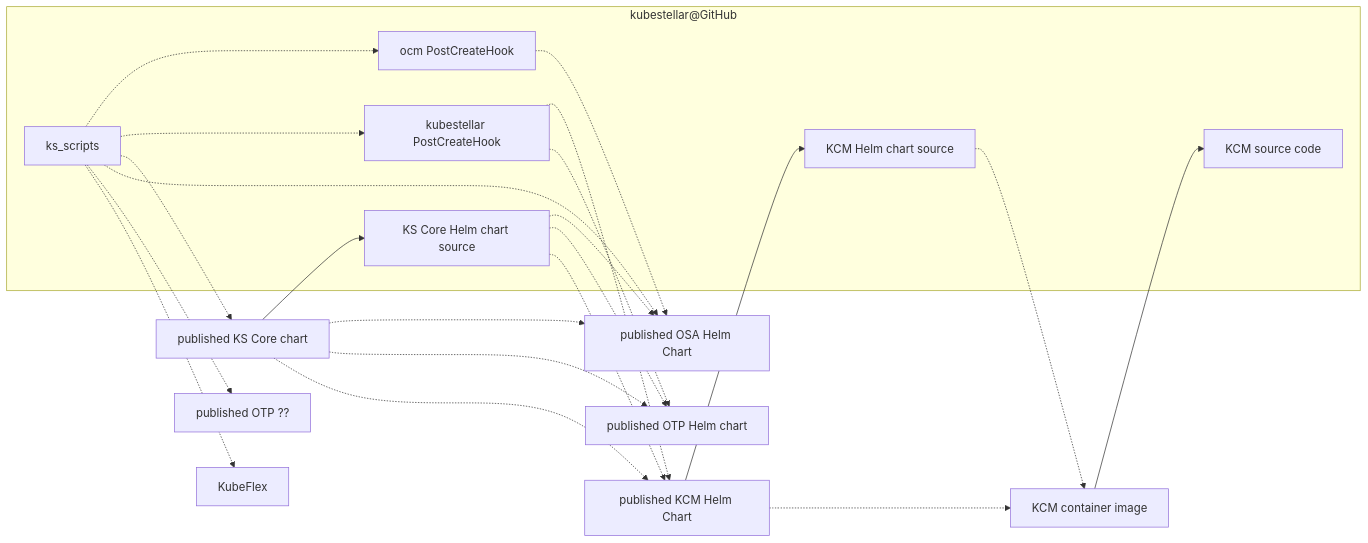
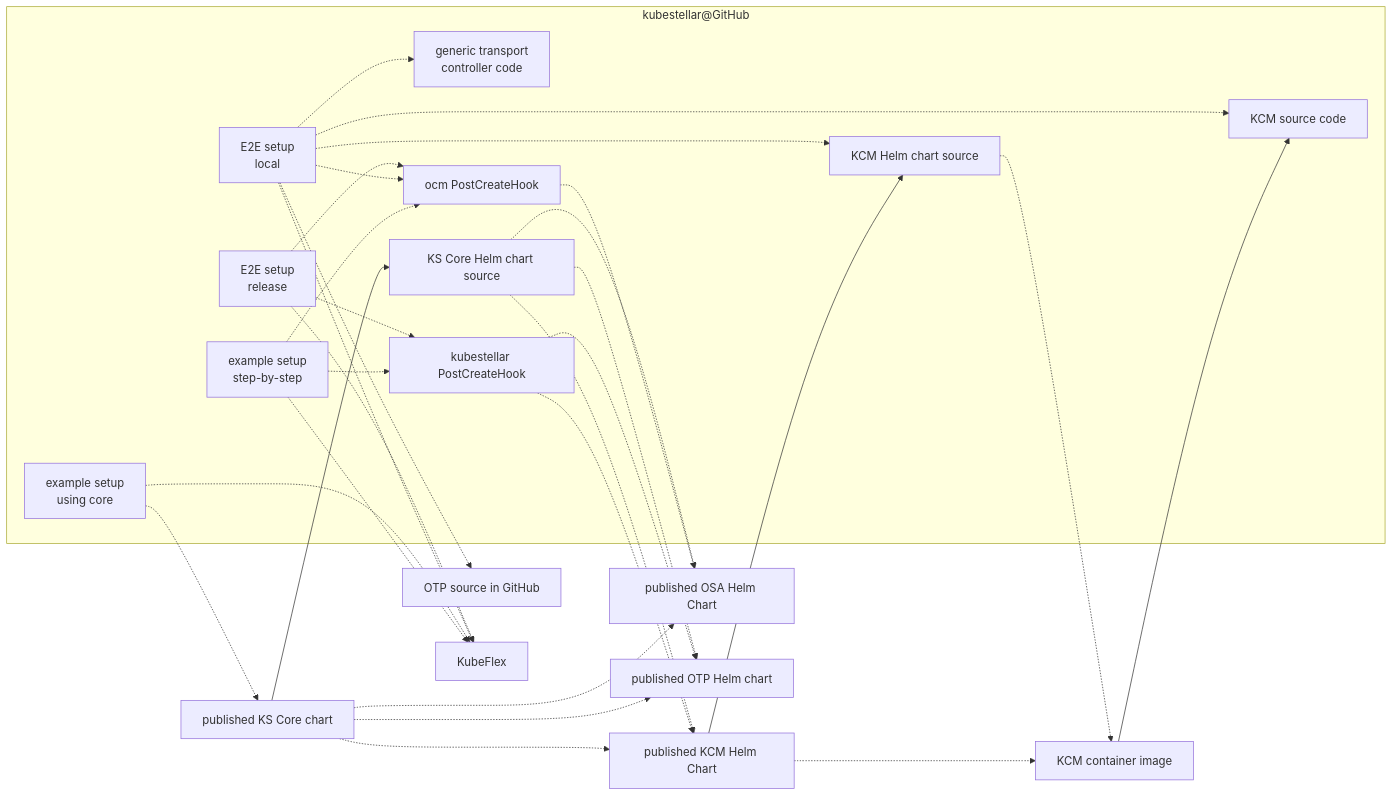
The third of 5 diagrams in docs/content/direct/packaging.md (kubestellar/kubestellar), drawn with Mermaid before and after one commit. The commit also changed other lines of this file, not shown here.

Commit message:
Break out individual scripts in diagrams

````diff
--- a/docs/content/direct/packaging.md
+++ b/docs/content/direct/packaging.md
@@ -86,30 +86,45 @@
 ```mermaid
 flowchart LR
+    osa_hc_repo[published OSA Helm Chart]
+    otp_code["OTP source in GitHub"]
     subgraph ks_repo["kubestellar@GitHub"]
     kcm_code[KCM source code]
+    gtc_code["generic transport<br>controller code"]
     kcm_hc_src[KCM Helm chart source]
     ksc_hc_src[KS Core Helm chart source]
     ks_pch[kubestellar PostCreateHook]
     ocm_pch["ocm PostCreateHook"]
-    ks_scripts -.-> ocm_pch
-    ks_scripts -.-> ks_pch
+    setup_ksc["example setup<br>using core"]
+    setup_steps["example setup<br>step-by-step"]
+    e2e_local["E2E setup<br>local"]
+    e2e_release["E2E setup<br>release"]
     end
     ocm_pch -.-> osa_hc_repo
     kcm_ctr_image[KCM container image] --> kcm_code
     kcm_hc_repo[published KCM Helm Chart] --> kcm_hc_src
     kcm_hc_src -.-> kcm_ctr_image
     kcm_hc_repo -.-> kcm_ctr_image
     ks_pch -.-> kcm_hc_repo
     ks_pch -.-> otp_hc_repo[published OTP Helm chart]
     ksc_hc_repo[published KS Core chart] --> ksc_hc_src
     ksc_hc_src -.-> osa_hc_repo
     ksc_hc_src -.-> otp_hc_repo
     ksc_hc_src -.-> kcm_hc_repo
     ksc_hc_repo -.-> osa_hc_repo
     ksc_hc_repo -.-> otp_hc_repo
     ksc_hc_repo -.-> kcm_hc_repo
-    ks_scripts -.-> ksc_hc_repo
-    ks_scripts -.-> osa_hc_repo[published OSA Helm Chart]
-    ks_scripts -.-> otp_something["published OTP ??"]
-    ks_scripts -.-> KubeFlex
+    setup_steps -.-> ocm_pch
+    setup_steps -.-> ks_pch
+    setup_steps -.-> KubeFlex
+    setup_ksc -.-> ksc_hc_repo
+    setup_ksc -.-> KubeFlex
+    e2e_local -.-> ocm_pch
+    e2e_local -.-> kcm_code
+    e2e_local -.-> kcm_hc_src
+    e2e_local -.-> gtc_code
+    e2e_local -.-> otp_code
+    e2e_local -.-> KubeFlex
+    e2e_release -.-> ocm_pch
+    e2e_release -.-> ks_pch
+    e2e_release -.-> KubeFlex
 ```
````
